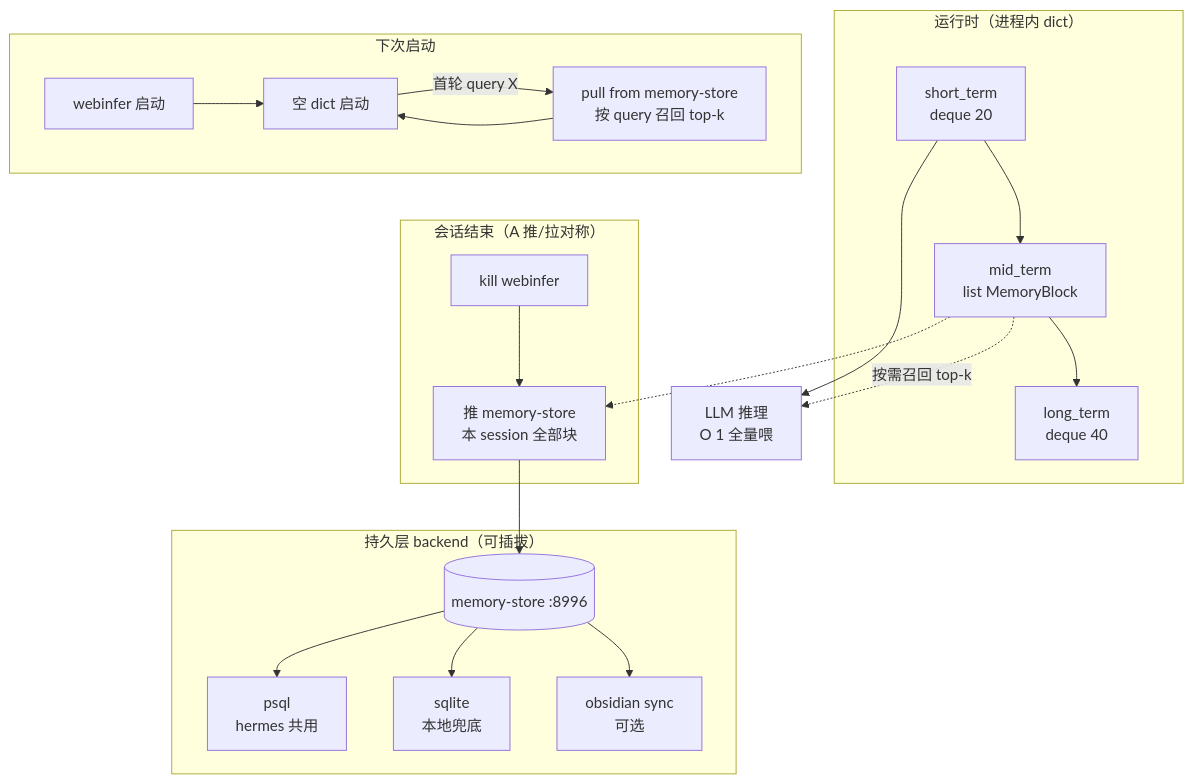
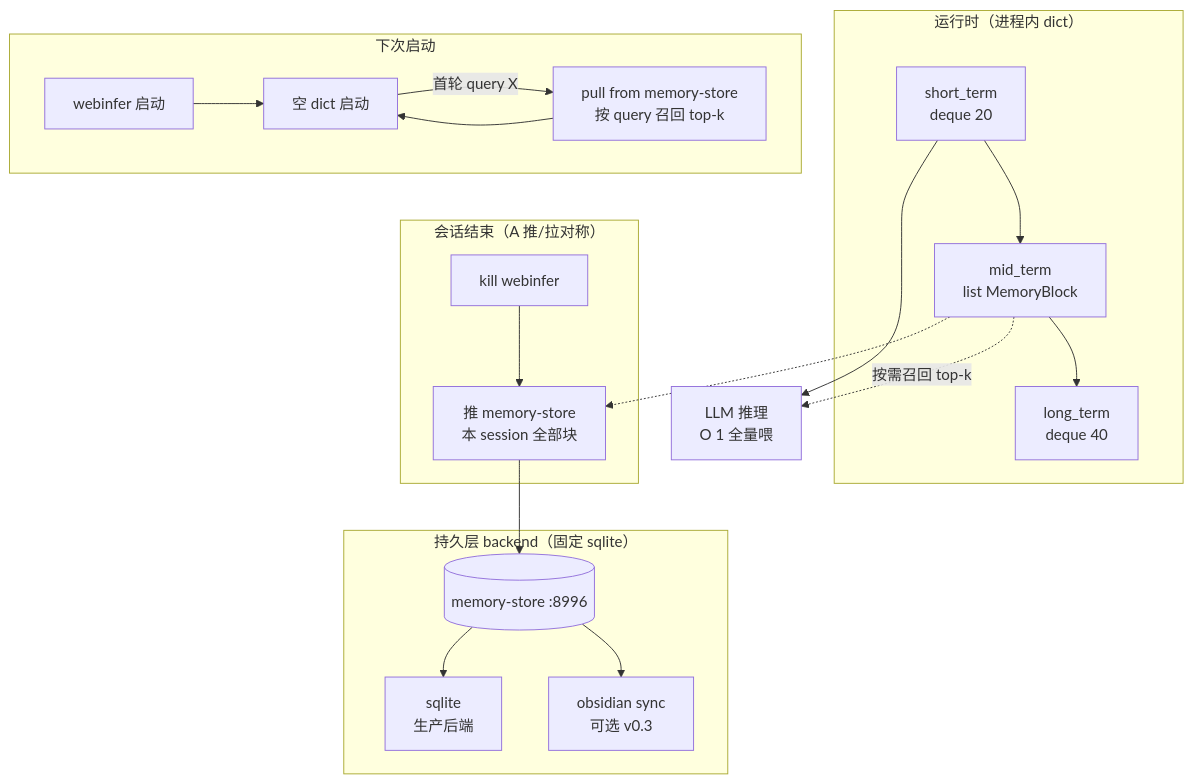
The diagram in doc/subsystems/memory-architecture.md (kuhaku9527/JoyAI-VL-Interaction), drawn with Mermaid before and after one commit. The commit also changed other lines of this file and 3 other files, not shown here.

First line of the commit message:
feat(hermes): pin hermes-data home, land [Local Wiki] recall, sqlite-only memory

````diff
--- a/doc/subsystems/memory-architecture.md
+++ b/doc/subsystems/memory-architecture.md
@@ -58,29 +59,28 @@
 ```mermaid
 flowchart TB
   subgraph "运行时（进程内 dict）"
     ST[short_term<br/>deque 20] --> MT[mid_term<br/>list MemoryBlock]
     MT --> LT[long_term<br/>deque 40]
   end
 
   ST --> LLM[LLM 推理<br/>O 1 全量喂]
   MT -.->|按需召回 top-k| LLM
 
   subgraph "会话结束（A 推/拉对称）"
     KILL[kill webinfer] --> PUSH[推 memory-store<br/>本 session 全部块]
   end
   MT -.-> PUSH
 
   PUSH --> MS[(memory-store :8996)]
 
-  subgraph "持久层 backend（可插拔）"
-    MS --> PG[psql<br/>hermes 共用]
-    MS --> SQ[sqlite<br/>本地兜底]
-    MS --> OB[obsidian sync<br/>可选]
+  subgraph "持久层 backend（固定 sqlite）"
+    MS --> SQ[sqlite<br/>生产后端]
+    MS --> OB[obsidian sync<br/>可选 v0.3]
   end
 
   subgraph "下次启动"
     BOOT[webinfer 启动] --> INIT[空 dict 启动]
     INIT -->|首轮 query X| PULL[pull from memory-store<br/>按 query 召回 top-k]
     PULL --> INIT
   end
 ```
````
